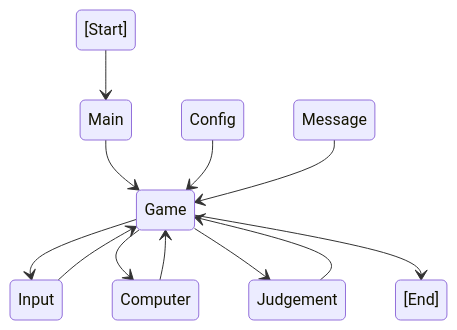
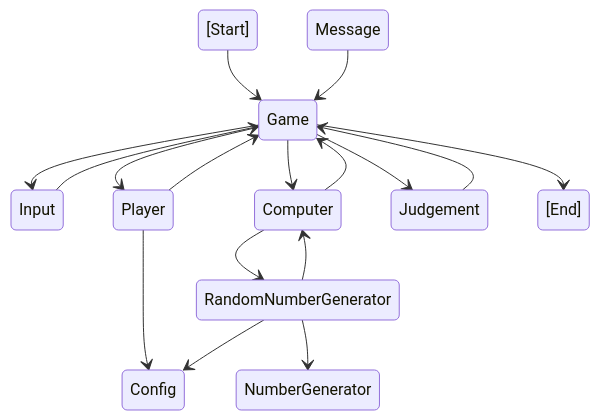
Before and after one commit to programmers-lecture/java-baseball: the diagram in README.md, drawn with Mermaid. The commit also changed other lines of this file, not shown here.

Commit message:
[docs] readme 수정 - 다이어그램

````diff
--- a/README.md
+++ b/README.md
@@ -71,15 +29,27 @@
 ```mermaid
 stateDiagram
-    [Start] --> Main
-    Main --> Game
+    [Start] --> Game
+    
     Game --> Input
     Input --> Game
+    
+    Game --> Player
+    Player --> Game
+    
     Game --> Computer
     Computer --> Game
+    
+    RandomNumberGenerator --> Computer
+    Computer --> RandomNumberGenerator
+    
+    RandomNumberGenerator --> NumberGenerator
+    
     Game --> Judgement
     Judgement --> Game
-    Config --> Game
+    
+    Player --> Config
+    RandomNumberGenerator --> Config
+    
     Message --> Game
     Game --> [End]
-
 ```
````
